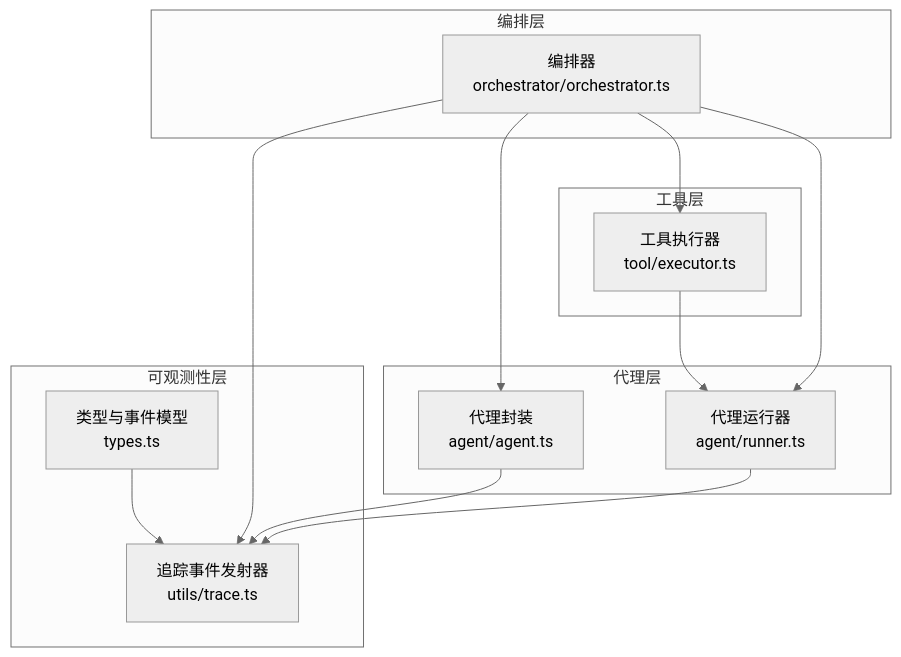
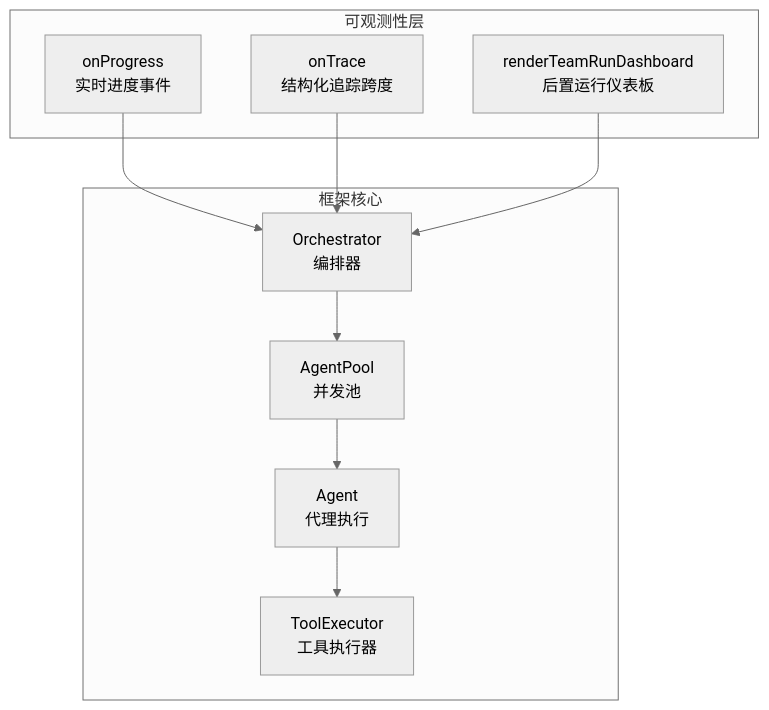
The first of 6 diagrams in .qoder/repowiki/zh/content/可观测性.md (haolange/open-multi-agent), drawn with Mermaid (neutral theme) before and after one commit. The commit also changed other lines of this file and 100 other files, not shown here.

````diff
--- a/.qoder/repowiki/zh/content/可观测性.md
+++ b/.qoder/repowiki/zh/content/可观测性.md
@@ -46,25 +46,20 @@
 ```mermaid
 graph TB
 subgraph "可观测性层"
-Types["类型与事件模型<br/>types.ts"]
-TraceUtil["追踪事件发射器<br/>utils/trace.ts"]
+A["onProgress<br/>实时进度事件"]
+B["onTrace<br/>结构化追踪跨度"]
+C["renderTeamRunDashboard<br/>后置运行仪表板"]
 end
-subgraph "编排层"
-Orchestrator["编排器<br/>orchestrator/orchestrator.ts"]
+subgraph "框架核心"
+D["Orchestrator<br/>编排器"]
+E["AgentPool<br/>并发池"]
+F["Agent<br/>代理执行"]
+G["ToolExecutor<br/>工具执行器"]
 end
-subgraph "代理层"
-Agent["代理封装<br/>agent/agent.ts"]
-Runner["代理运行器<br/>agent/runner.ts"]
-end
-subgraph "工具层"
-Executor["工具执行器<br/>tool/executor.ts"]
-end
-Types --> TraceUtil
-Orchestrator --> TraceUtil
-Agent --> TraceUtil
-Runner --> TraceUtil
-Executor --> Runner
-Orchestrator --> Agent
-Orchestrator --> Runner
-Orchestrator --> Executor
+A --> D
+B --> D
+C --> D
+D --> E
+E --> F
+F --> G
 ```
````
